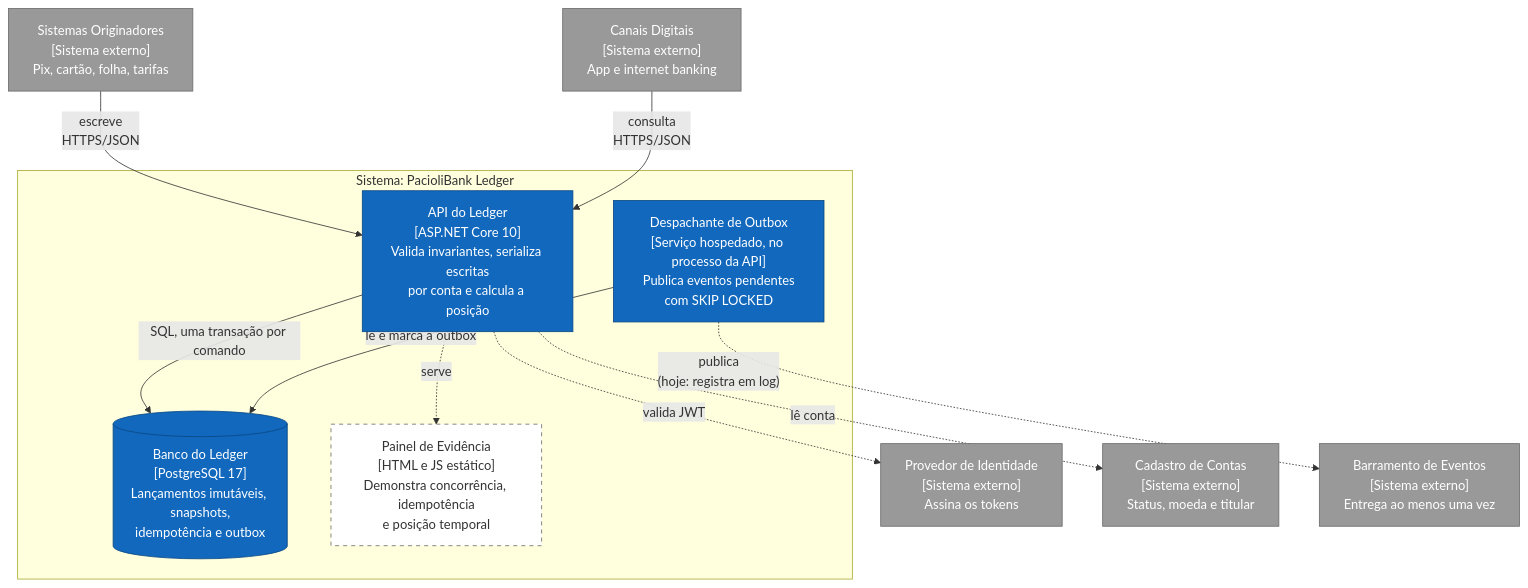
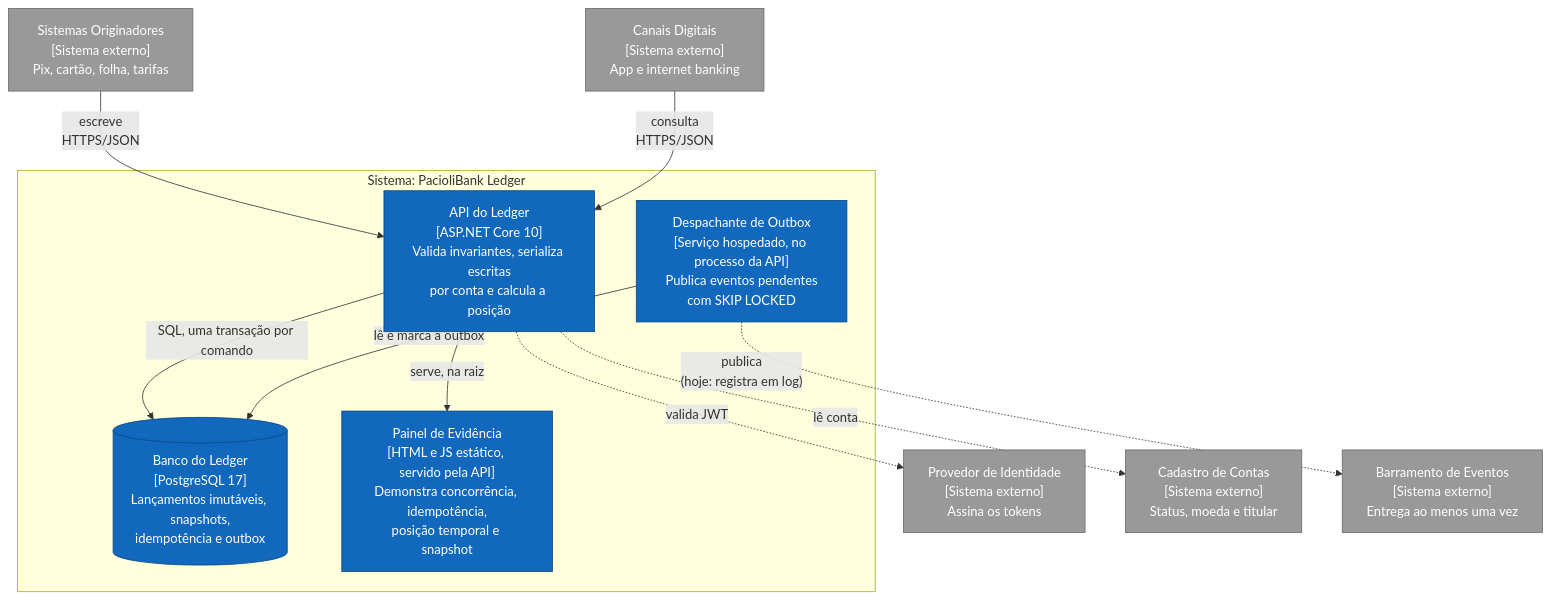
One commit to eduardojnet/PacioliBank changed the diagram in docs/diagrams/c2-conteineres.md. Above: the diagram before and after it, drawn with Mermaid. The commit also changed other lines of this file and 12 other files, not shown here.

Commit message:
feat(api): painel de evidencia com quatro demonstracoes na raiz (ADR-0011, card 25)

````diff
--- a/docs/diagrams/c2-conteineres.md
+++ b/docs/diagrams/c2-conteineres.md
@@ -5,28 +5,28 @@
 ```mermaid
 flowchart TB
     orig["Sistemas Originadores<br/>[Sistema externo]<br/>Pix, cartão, folha, tarifas"]:::externo
     canais["Canais Digitais<br/>[Sistema externo]<br/>App e internet banking"]:::externo
     iam["Provedor de Identidade<br/>[Sistema externo]<br/>Assina os tokens"]:::externo
     cad["Cadastro de Contas<br/>[Sistema externo]<br/>Status, moeda e titular"]:::externo
     bus["Barramento de Eventos<br/>[Sistema externo]<br/>Entrega ao menos uma vez"]:::externo
 
     subgraph sistema["Sistema: PacioliBank Ledger"]
         api["API do Ledger<br/>[ASP.NET Core 10]<br/>Valida invariantes, serializa escritas<br/>por conta e calcula a posição"]:::impl
         db[("Banco do Ledger<br/>[PostgreSQL 17]<br/>Lançamentos imutáveis, snapshots,<br/>idempotência e outbox")]:::impl
         disp["Despachante de Outbox<br/>[Serviço hospedado, no processo da API]<br/>Publica eventos pendentes<br/>com SKIP LOCKED"]:::impl
-        painel["Painel de Evidência<br/>[HTML e JS estático]<br/>Demonstra concorrência, idempotência<br/>e posição temporal"]:::espec
+        painel["Painel de Evidência<br/>[HTML e JS estático, servido pela API]<br/>Demonstra concorrência, idempotência,<br/>posição temporal e snapshot"]:::impl
     end
 
     orig -->|"escreve<br/>HTTPS/JSON"| api
     canais -->|"consulta<br/>HTTPS/JSON"| api
     api -->|"SQL, uma transação por comando"| db
     api -.->|"valida JWT"| iam
     api -.->|"lê conta"| cad
-    api -.->|"serve"| painel
+    api -->|"serve, na raiz"| painel
     disp -->|"lê e marca a outbox"| db
     disp -.->|"publica<br/>(hoje: registra em log)"| bus
 
     classDef externo fill:#999999,stroke:#6b6b6b,color:#fff
     classDef impl fill:#1168bd,stroke:#0b4884,color:#fff
     classDef espec fill:#ffffff,stroke:#6b6b6b,color:#333,stroke-dasharray:5 5
 ```
````
